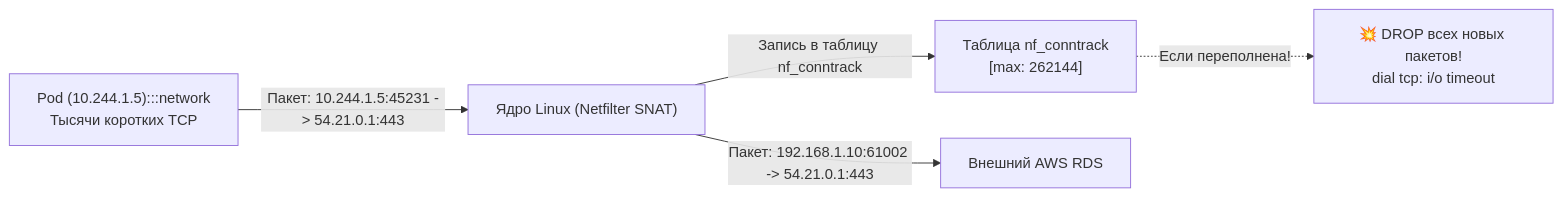
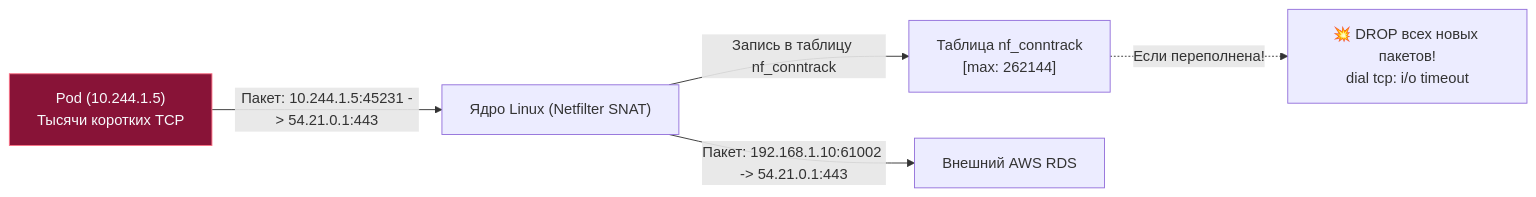
Before and after one commit to UnrealTemplier/go-textbook-ru: the fifth of 5 diagrams in sources/14. Распределенные системы на Go/07. Kubernetes и деплой/8. Kubernetes networking.md, drawn with Mermaid. The commit also changed 40 other files, not shown here.

First line of the commit message:
fix(mermaid): move :::class out of 48 quoted node labels

````diff
--- a/sources/14. Распределенные системы на Go/07. Kubernetes и деплой/8. Kubernetes networking.md
+++ b/sources/14. Распределенные системы на Go/07. Kubernetes и деплой/8. Kubernetes networking.md
@@ -260,18 +260,18 @@
 ```mermaid
 flowchart LR
     classDef process  fill:#1e293b,stroke:#38bdf8,stroke-width:1px,color:#f8fafc
     classDef success  fill:#064e3b,stroke:#34d399,stroke-width:1px,color:#f8fafc
     classDef error    fill:#7f1d1d,stroke:#f87171,stroke-width:1px,color:#f8fafc
     classDef warning  fill:#78350f,stroke:#fbbf24,stroke-width:1px,color:#f8fafc
     classDef entry    fill:#1e3a5f,stroke:#38bdf8,stroke-width:2px,color:#f8fafc
     classDef aux      fill:#334155,stroke:#64748b,stroke-width:1px,color:#f8fafc
     classDef system   fill:#312e81,stroke:#a78bfa,stroke-width:1px,color:#f8fafc
     classDef data     fill:#132d29,stroke:#2dd4bf,stroke-width:1px,color:#f8fafc
     classDef network  fill:#881337,stroke:#fb7185,stroke-width:1px,color:#f8fafc
     classDef accent   fill:#1e1b4b,stroke:#818cf8,stroke-width:1px,color:#f8fafc
-    Pod["Pod (10.244.1.5):::network\nТысячи коротких TCP"] -->|"Пакет: 10.244.1.5:45231 -> 54.21.0.1:443"| Kernel["Ядро Linux (Netfilter SNAT)"]
+    Pod["Pod (10.244.1.5)\nТысячи коротких TCP"]:::network -->|"Пакет: 10.244.1.5:45231 -> 54.21.0.1:443"| Kernel["Ядро Linux (Netfilter SNAT)"]
     Kernel -->|"Запись в таблицу nf_conntrack"| Table["Таблица nf_conntrack\n[max: 262144]"]
     Kernel -->|"Пакет: 192.168.1.10:61002 -> 54.21.0.1:443"| RDS["Внешний AWS RDS"]
 
     Table -.->|"Если переполнена!"| Drop["💥 DROP всех новых пакетов!\ndial tcp: i/o timeout"]
 ```
````
